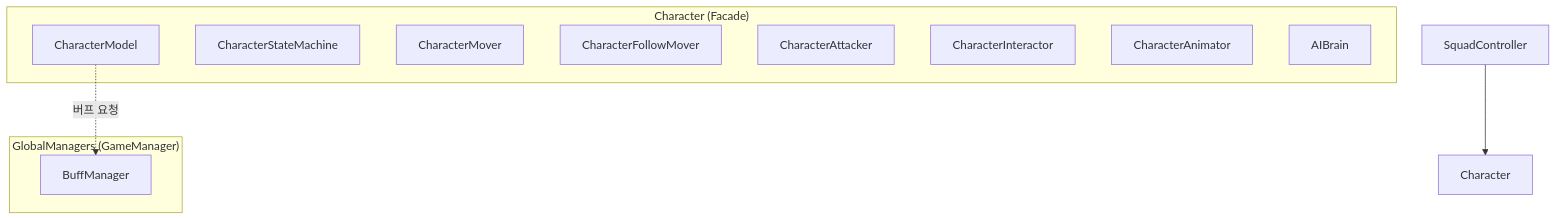
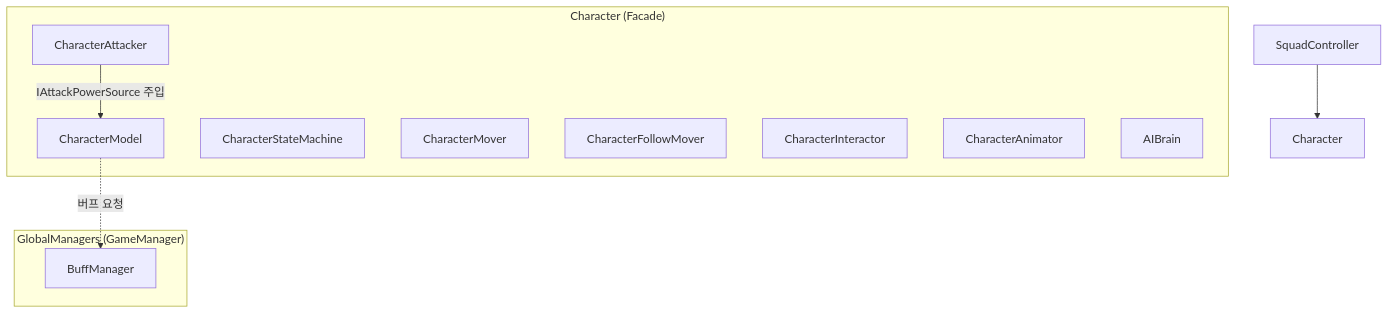
The eighth of 8 diagrams in README.md (ProgramingLanguageStudy/Project-Starfall), drawn with Mermaid before and after one commit. The commit also changed other lines of this file, not shown here.

````diff
--- a/README.md
+++ b/README.md
@@ -516,20 +343,21 @@
 ```mermaid
 flowchart TB
     subgraph "GlobalManagers (GameManager)"
         BuffManager["BuffManager"]
     end
 
     subgraph "Character (Facade)"
         Model["CharacterModel"]
         StateMachine["CharacterStateMachine"]
         Mover["CharacterMover"]
         FollowMover["CharacterFollowMover"]
         Attacker["CharacterAttacker"]
         Interactor["CharacterInteractor"]
         Animator["CharacterAnimator"]
         AIBrain["AIBrain"]
     end
 
     Squad["SquadController"] --> Character
     Model -.->|"버프 요청"| BuffManager
+    Attacker -->|"IAttackPowerSource 주입"| Model
 ```
````
